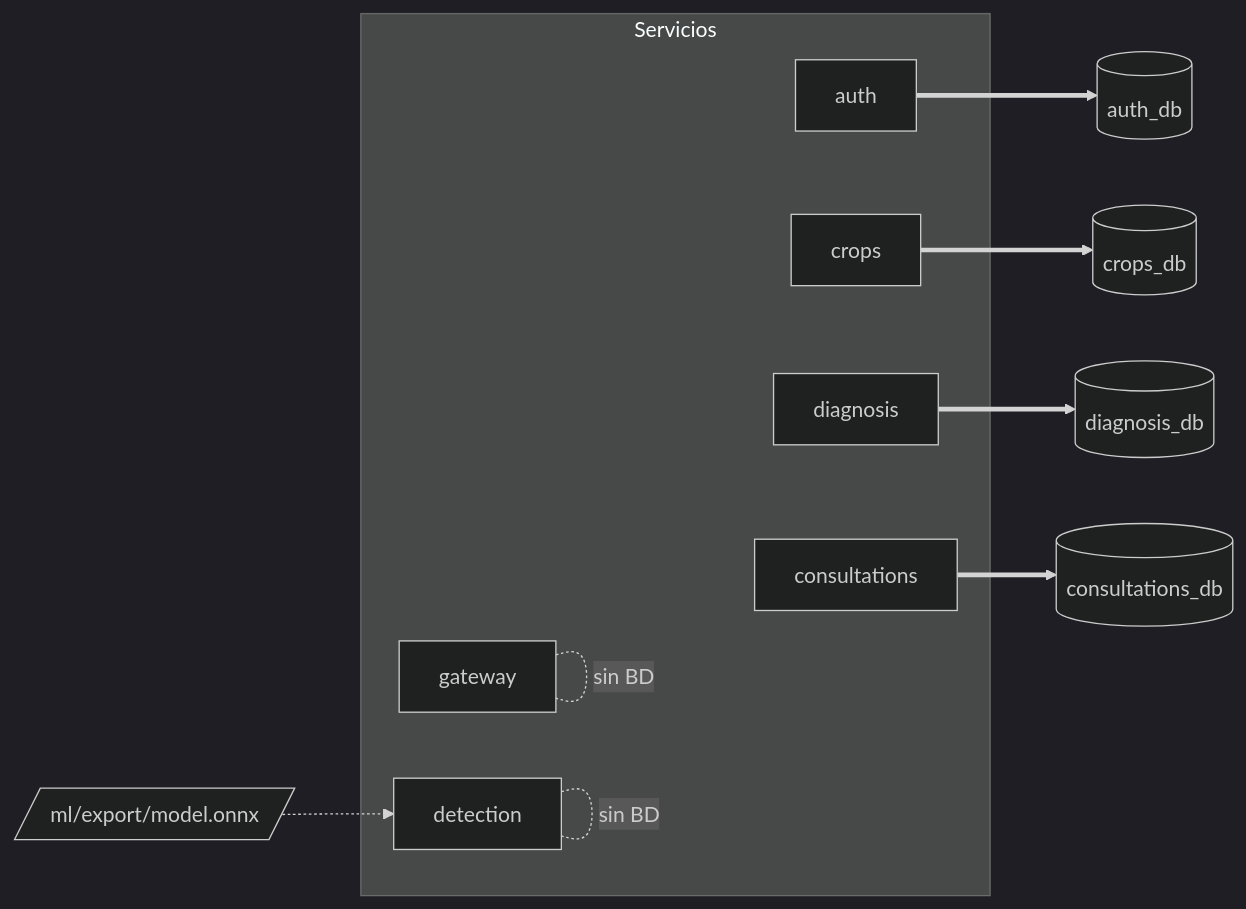
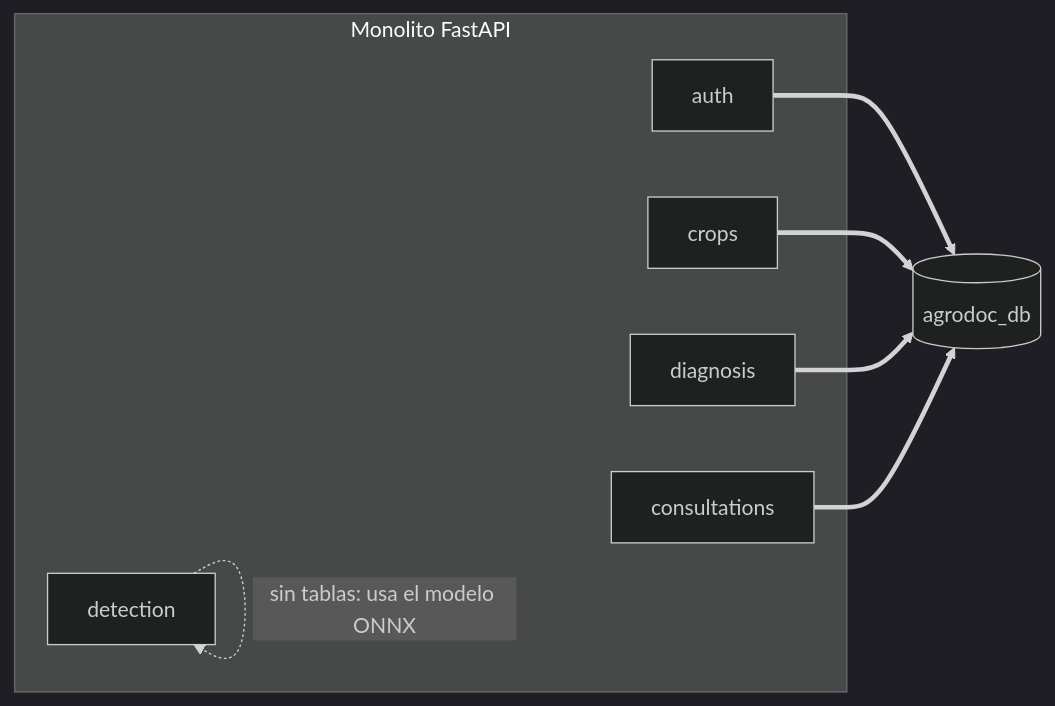
Before and after one commit to maferodri/AgroDoc: the first of 7 diagrams in docs/base-de-datos.md, drawn with Mermaid (dark theme). The commit also changed other lines of this file and 123 other files, not shown here.

````diff
--- a/docs/base-de-datos.md
+++ b/docs/base-de-datos.md
@@ -33,21 +38,19 @@
 ```mermaid
 flowchart LR
-    subgraph Servicios
-        gw[gateway]
+    subgraph API[Monolito FastAPI]
         auth[auth]
         crops[crops]
         det[detection]
         diag[diagnosis]
         cons[consultations]
     end
 
-    gw -. sin BD .- gw
-    det -. sin BD .- det
+    db[(agrodoc_db)]
 
-    auth ==> adb[(auth_db)]
-    crops ==> cdb[(crops_db)]
-    diag ==> ddb[(diagnosis_db)]
-    cons ==> kdb[(consultations_db)]
+    auth ==> db
+    crops ==> db
+    diag ==> db
+    cons ==> db
 
-    model[/ml/export/model.onnx/] -.-> det
+    det -. sin tablas: usa el modelo ONNX .-> det
 ```
````
